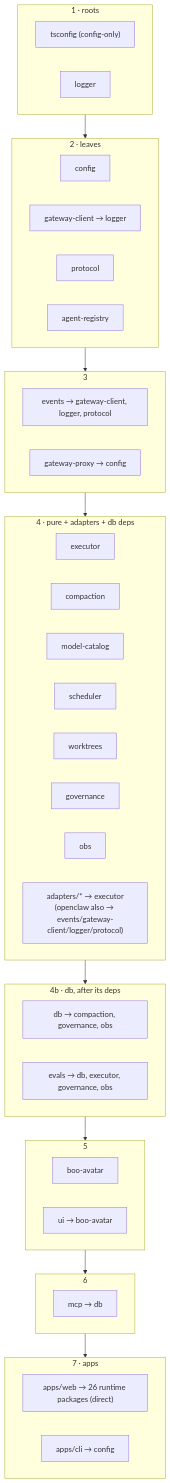
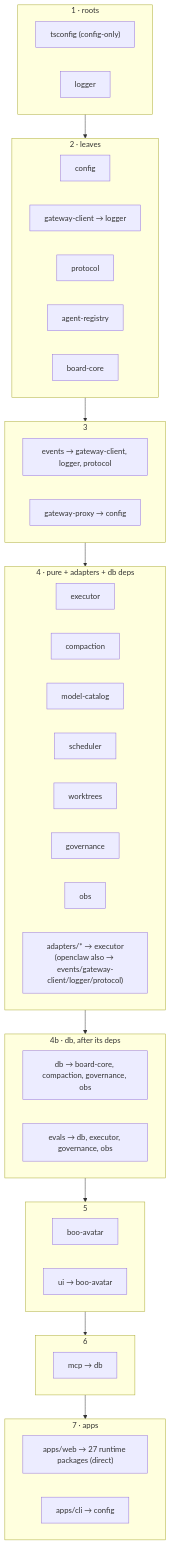
Before and after one commit to clawboo/clawboo: the second of 2 diagrams in docs/internals/monorepo-and-build.md, drawn with Mermaid. The commit also changed other lines of this file and 32 other files, not shown here.

````diff
--- a/docs/internals/monorepo-and-build.md
+++ b/docs/internals/monorepo-and-build.md
@@ -87,44 +87,45 @@
 ```mermaid
 graph TD
   subgraph t1["1 · roots"]
     tsconfig["tsconfig (config-only)"]
     logger["logger"]
   end
   subgraph t2["2 · leaves"]
     config["config"]
     gc["gateway-client → logger"]
     protocol["protocol"]
     ar["agent-registry"]
+    bc["board-core"]
   end
   subgraph t3["3"]
     events["events → gateway-client, logger, protocol"]
     gp["gateway-proxy → config"]
   end
   subgraph t4["4 · pure + adapters + db deps"]
     executor["executor"]
     compaction["compaction"]
     modelcatalog["model-catalog"]
     scheduler["scheduler"]
     worktrees["worktrees"]
     governance["governance"]
     obs["obs"]
     adapters["adapters/* → executor<br/>(openclaw also → events/gateway-client/logger/protocol)"]
   end
   subgraph t4b["4b · db, after its deps"]
-    db["db → compaction, governance, obs"]
+    db["db → board-core, compaction, governance, obs"]
     evals["evals → db, executor, governance, obs"]
   end
   subgraph t5["5"]
     booavatar["boo-avatar"]
     ui["ui → boo-avatar"]
   end
   subgraph t6["6"]
     mcp["mcp → db"]
   end
   subgraph t7["7 · apps"]
-    web["apps/web → 26 runtime packages (direct)"]
+    web["apps/web → 27 runtime packages (direct)"]
     cli["apps/cli → config"]
   end
 
   t1 --> t2 --> t3 --> t4 --> t4b --> t5 --> t6 --> t7
 ```
````
